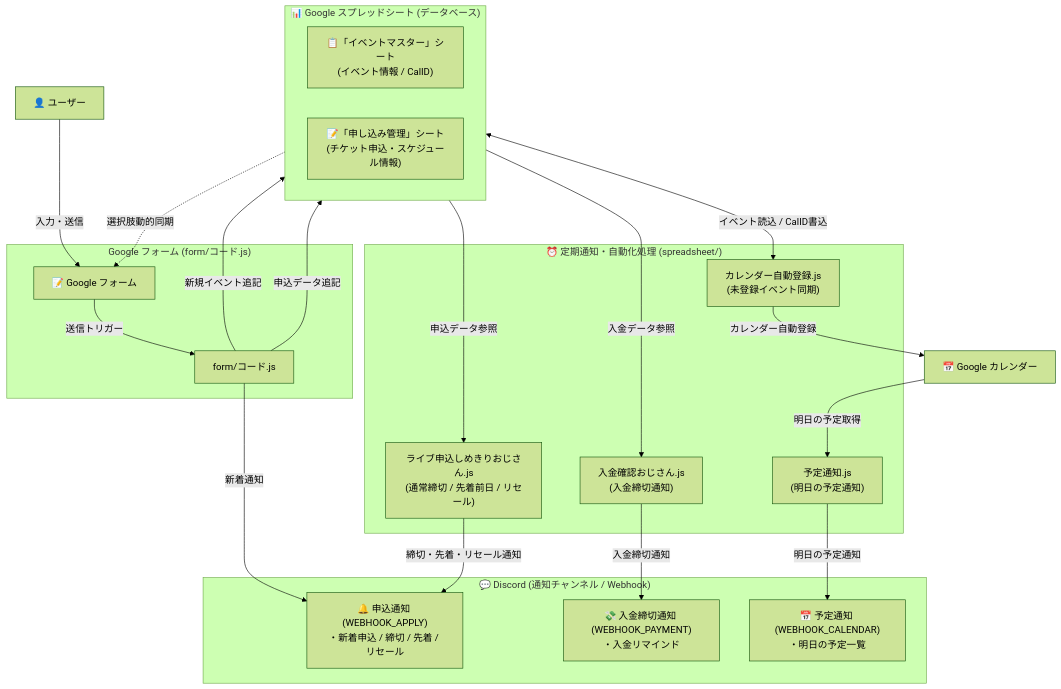
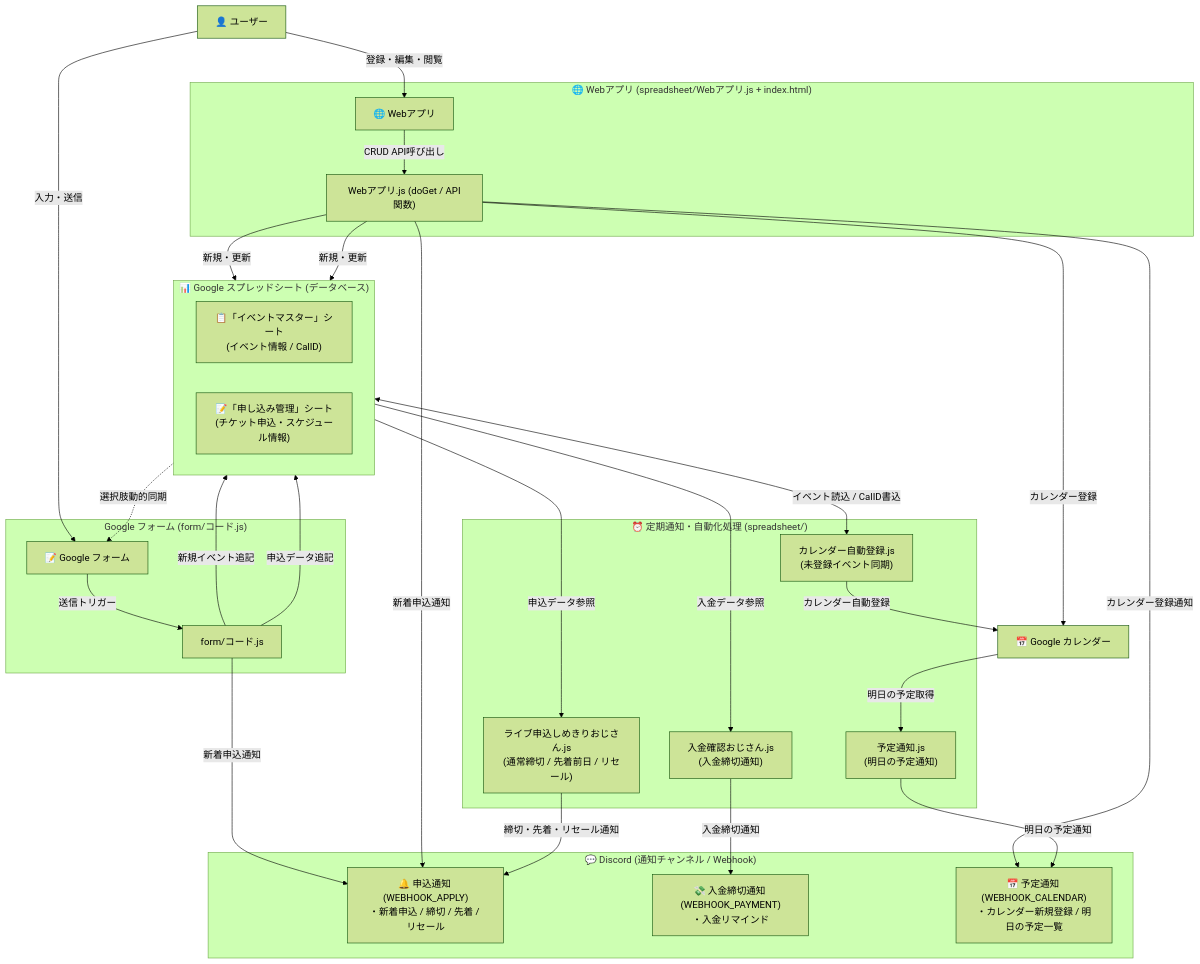
Before and after one commit to miyagey/discord-notifier: the first of 2 diagrams in docs/SYSTEM_SPEC.md, drawn with Mermaid (forest theme). The commit also changed other lines of this file, not shown here.

````diff
--- a/docs/SYSTEM_SPEC.md
+++ b/docs/SYSTEM_SPEC.md
@@ -11,43 +11,54 @@
 ```mermaid
 flowchart TD
     User["👤 ユーザー"] -->|入力・送信| Form["📝 Google フォーム"]
-    
+    User -->|登録・編集・閲覧| WebApp["🌐 Webアプリ"]
+
     subgraph FormTrigger ["Google フォーム (form/コード.js)"]
         Form -->|送信トリガー| GAS_Form["form/コード.js"]
     end
 
     GAS_Form -->|新規イベント追記| MasterSheet
     GAS_Form -->|申込データ追記| ApplySheet
     MasterSheet -.->|選択肢動的同期| Form
+
+    subgraph WebAppSection ["🌐 Webアプリ (spreadsheet/Webアプリ.js + index.html)"]
+        WebApp -->|CRUD API呼び出し| GAS_Web["Webアプリ.js (doGet / API関数)"]
+    end
+
+    GAS_Web -->|新規・更新| MasterSheet
+    GAS_Web -->|新規・更新| ApplySheet
+    GAS_Web -->|カレンダー登録| GCal["📅 Google カレンダー"]
 
     subgraph SpreadsheetDB ["📊 Google スプレッドシート (データベース)"]
         direction LR
         MasterSheet["📋「イベントマスター」シート<br>(イベント情報 / CalID)"]
         ApplySheet["📝「申し込み管理」シート<br>(チケット申込・スケジュール情報)"]
     end
 
     subgraph BatchSection ["⏰ 定期通知・自動化処理 (spreadsheet/)"]
         RemindApply["ライブ申込しめきりおじさん.js<br>(通常締切 / 先着前日 / リセール)"]
         RemindPay["入金確認おじさん.js<br>(入金締切通知)"]
         SyncCal["カレンダー自動登録.js<br>(未登録イベント同期)"]
         NotifySched["予定通知.js<br>(明日の予定通知)"]
     end
 
     ApplySheet -->|申込データ参照| RemindApply
     ApplySheet -->|入金データ参照| RemindPay
     MasterSheet <-->|イベント読込 / CalID書込| SyncCal
-    
-    SyncCal -->|カレンダー自動登録| GCal["📅 Google カレンダー"]
+
+    SyncCal -->|カレンダー自動登録| GCal
     GCal -->|明日の予定取得| NotifySched
 
     subgraph DiscordServer ["💬 Discord (通知チャンネル / Webhook)"]
         WebhookApply["🔔 申込通知 (WEBHOOK_APPLY)<br>・新着申込 / 締切 / 先着 / リセール"]
         WebhookPay["💸 入金締切通知 (WEBHOOK_PAYMENT)<br>・入金リマインド"]
-        WebhookCal["📅 予定通知 (WEBHOOK_CALENDAR)<br>・明日の予定一覧"]
+        WebhookCal["📅 予定通知 (WEBHOOK_CALENDAR)<br>・カレンダー新規登録 / 明日の予定一覧"]
     end
 
-    GAS_Form -->|新着通知| WebhookApply
+    GAS_Form -->|新着申込通知| WebhookApply
+    GAS_Web -->|新着申込通知| WebhookApply
+    GAS_Web -->|カレンダー登録通知| WebhookCal
     RemindApply -->|締切・先着・リセール通知| WebhookApply
     RemindPay -->|入金締切通知| WebhookPay
     NotifySched -->|明日の予定通知| WebhookCal
 ```
````
